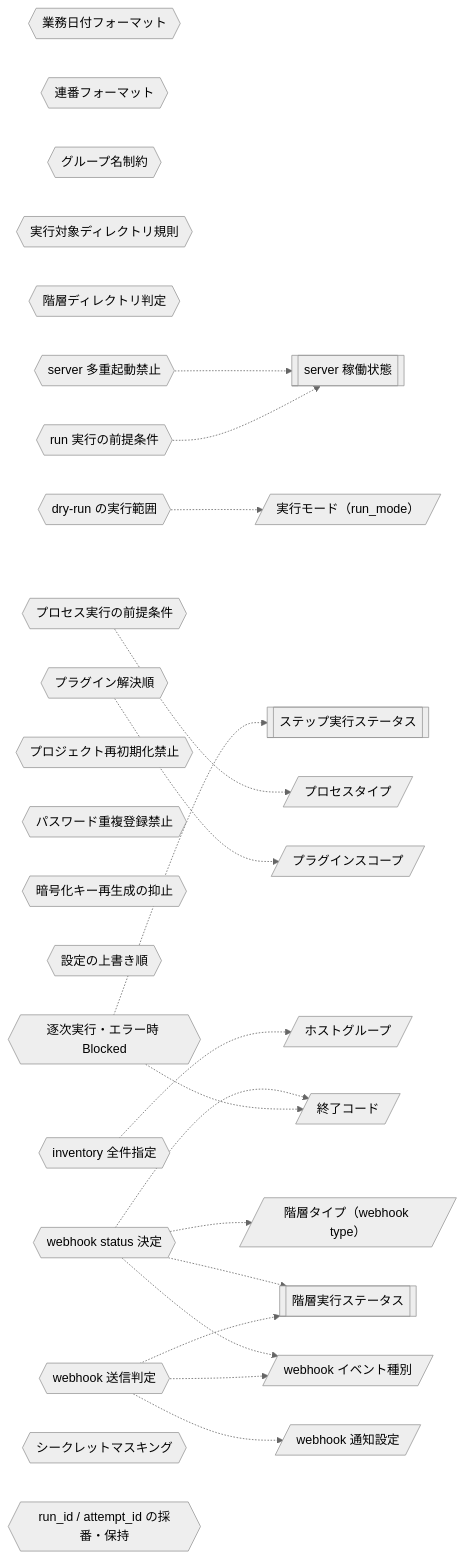
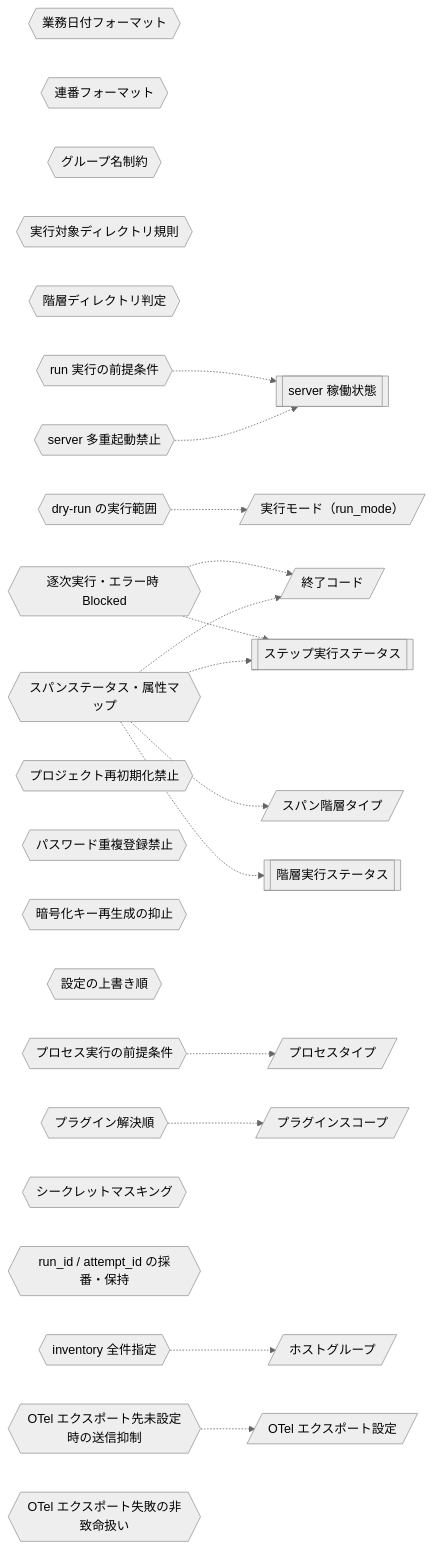
Before and after one commit to scenario-test-framework/stfw: the diagram in docs/rdra/latest/views/07_条件・バリエーション.md, drawn with Mermaid (neutral theme). The commit also changed other lines of this file and 26 other files, not shown here.

First line of the commit message:
docs(requirements): webhook 通知を OTel トレースに置換 (REQ-005→REQ-009/010)

````diff
--- a/docs/rdra/latest/views/07_条件・バリエーション.md
+++ b/docs/rdra/latest/views/07_条件・バリエーション.md
@@ -9,49 +9,47 @@
 ```mermaid
 graph LR
   CD1{{"業務日付フォーマット"}}
   CD2{{"連番フォーマット"}}
   CD3{{"グループ名制約"}}
   CD4{{"実行対象ディレクトリ規則"}}
   CD5{{"階層ディレクトリ判定"}}
   CD6{{"逐次実行・エラー時 Blocked"}}
   SM1[["ステップ実行ステータス"]]
   VR1[/"終了コード"/]
   CD7{{"run 実行の前提条件"}}
   SM2[["server 稼働状態"]]
   CD8{{"server 多重起動禁止"}}
   CD9{{"dry-run の実行範囲"}}
   VR2[/"実行モード（run_mode）"/]
   CD10{{"プロセス実行の前提条件"}}
   VR3[/"プロセスタイプ"/]
   CD11{{"プロジェクト再初期化禁止"}}
   CD12{{"パスワード重複登録禁止"}}
   CD13{{"暗号化キー再生成の抑止"}}
   CD14{{"設定の上書き順"}}
   CD15{{"プラグイン解決順"}}
   VR4[/"プラグインスコープ"/]
   CD16{{"inventory 全件指定"}}
   VR5[/"ホストグループ"/]
-  CD17{{"webhook 送信判定"}}
+  CD17{{"シークレットマスキング"}}
+  CD18{{"run_id / attempt_id の採番・保持"}}
+  CD19{{"スパンステータス・属性マップ"}}
   SM3[["階層実行ステータス"]]
-  VR6[/"webhook イベント種別"/]
-  VR7[/"webhook 通知設定"/]
-  CD18{{"webhook status 決定"}}
-  VR8[/"階層タイプ（webhook type）"/]
-  CD19{{"シークレットマスキング"}}
-  CD20{{"run_id / attempt_id の採番・保持"}}
+  VR6[/"スパン階層タイプ"/]
+  CD20{{"OTel エクスポート先未設定時の送信抑制"}}
+  VR7[/"OTel エクスポート設定"/]
+  CD21{{"OTel エクスポート失敗の非致命扱い"}}
   CD6 -.-> SM1
   CD6 -.-> VR1
   CD7 -.-> SM2
   CD8 -.-> SM2
   CD9 -.-> VR2
   CD10 -.-> VR3
   CD15 -.-> VR4
   CD16 -.-> VR5
-  CD17 -.-> SM3
-  CD17 -.-> VR6
-  CD17 -.-> VR7
-  CD18 -.-> SM3
-  CD18 -.-> VR8
-  CD18 -.-> VR6
-  CD18 -.-> VR1
+  CD19 -.-> SM3
+  CD19 -.-> SM1
+  CD19 -.-> VR6
+  CD19 -.-> VR1
+  CD20 -.-> VR7
 ```
````
